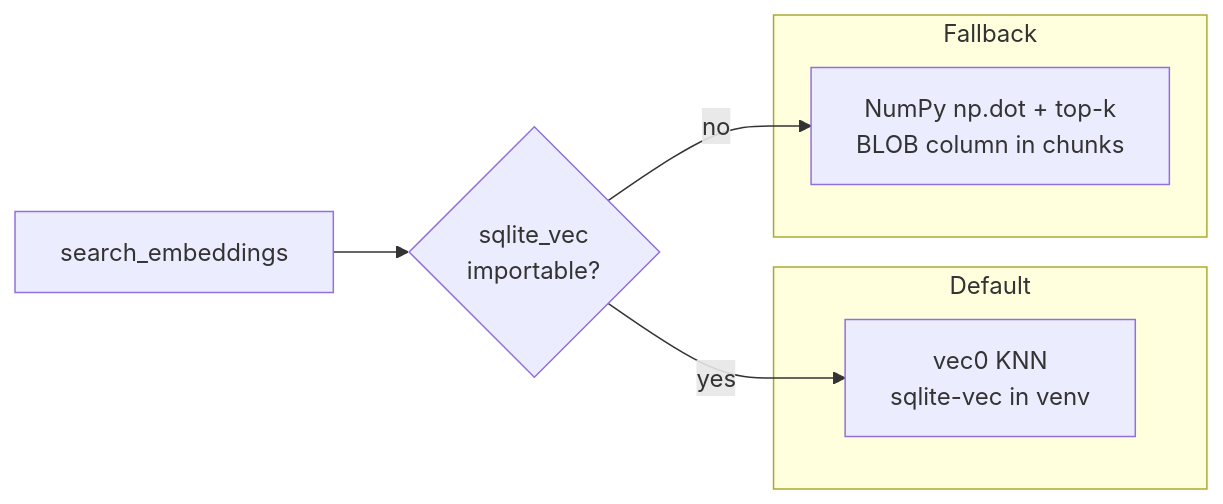
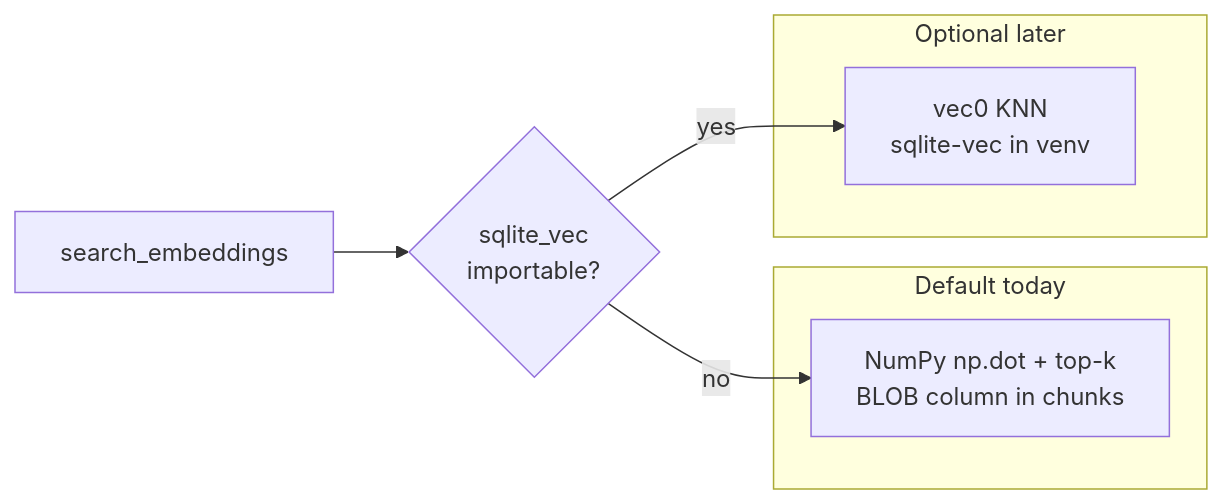
The third of 4 diagrams in docs/embeddings.md (Augusto-Zolet/writeragent), drawn with Mermaid before and after one commit. The commit also changed other lines of this file and 6 other files, not shown here.

````diff
--- a/docs/embeddings.md
+++ b/docs/embeddings.md
@@ -297,12 +355,12 @@
 ```mermaid
 flowchart LR
-  subgraph primary [Default]
+  subgraph primary [Default today]
+    NumPy["NumPy np.dot + top-k\nBLOB column in chunks"]
+  end
+  subgraph optional [Optional later]
     Vec0["vec0 KNN\nsqlite-vec in venv"]
   end
-  subgraph fallback [Fallback]
-    NumPy["NumPy np.dot + top-k\nBLOB column in chunks"]
-  end
   Query["search_embeddings"] --> Try{"sqlite_vec\nimportable?"}
+  Try -->|no| NumPy
   Try -->|yes| Vec0
-  Try -->|no| NumPy
 ```
````
